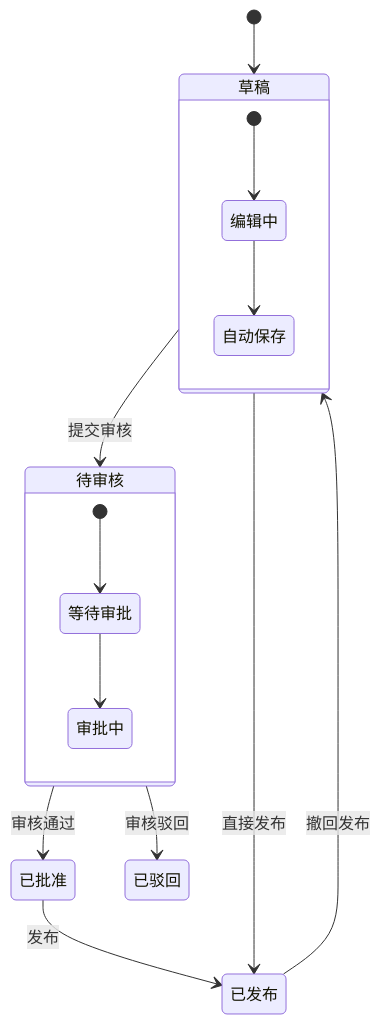
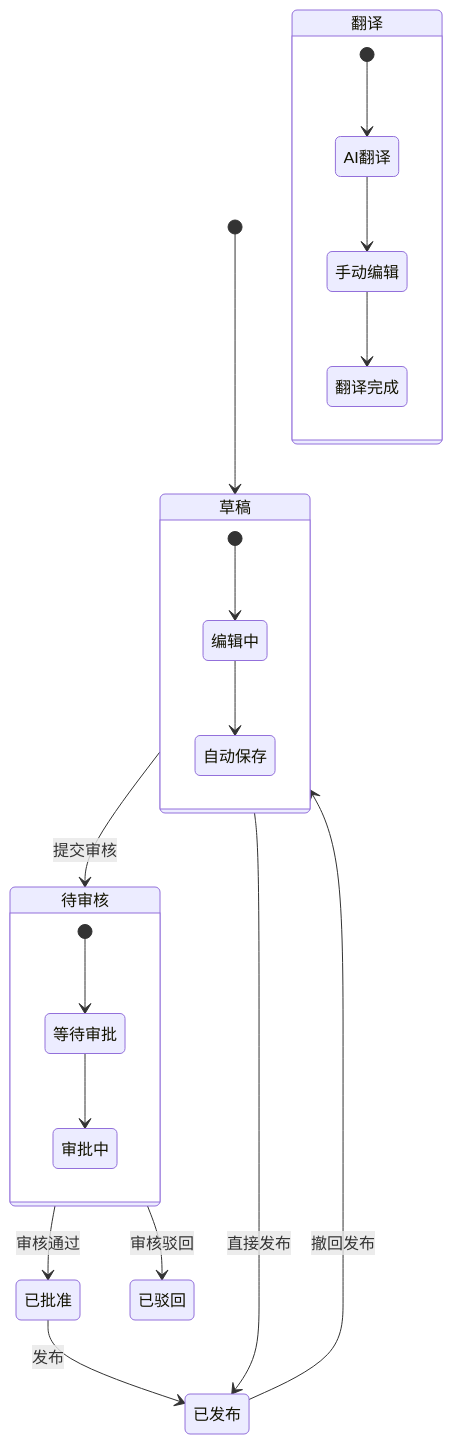
Before and after one commit to CubeEdge/Longhorn: the third of 40 diagrams in .qoder/repowiki/zh/content/Repair Report Editor Component.md, drawn with Mermaid. The commit also changed other lines of this file and 53 other files, not shown here.

````diff
--- a/.qoder/repowiki/zh/content/Repair Report Editor Component.md
+++ b/.qoder/repowiki/zh/content/Repair Report Editor Component.md
@@ -131,18 +217,23 @@
 ```mermaid
 stateDiagram-v2
 [*] --> 草稿
 草稿 --> 待审核 : 提交审核
 待审核 --> 已批准 : 审核通过
 待审核 --> 已驳回 : 审核驳回
 已批准 --> 已发布 : 发布
 草稿 --> 已发布 : 直接发布
 已发布 --> 草稿 : 撤回发布
 state 草稿 {
 [*] --> 编辑中
 编辑中 --> 自动保存
 }
 state 待审核 {
 [*] --> 等待审批
 等待审批 --> 审批中
 }
+state 翻译 {
+[*] --> AI翻译
+AI翻译 --> 手动编辑
+手动编辑 --> 翻译完成
+}
 ```
````
